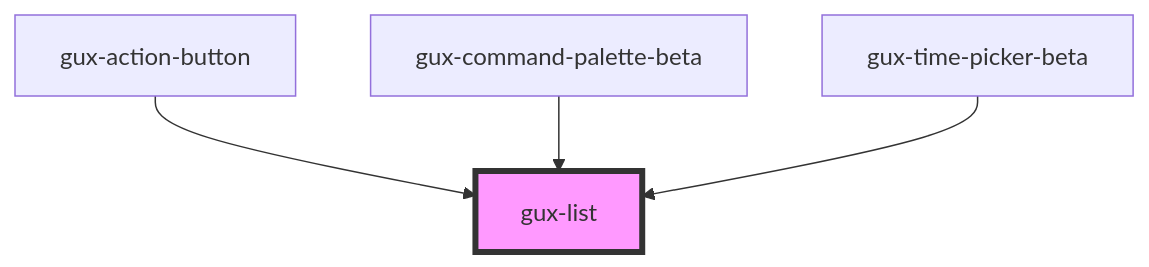
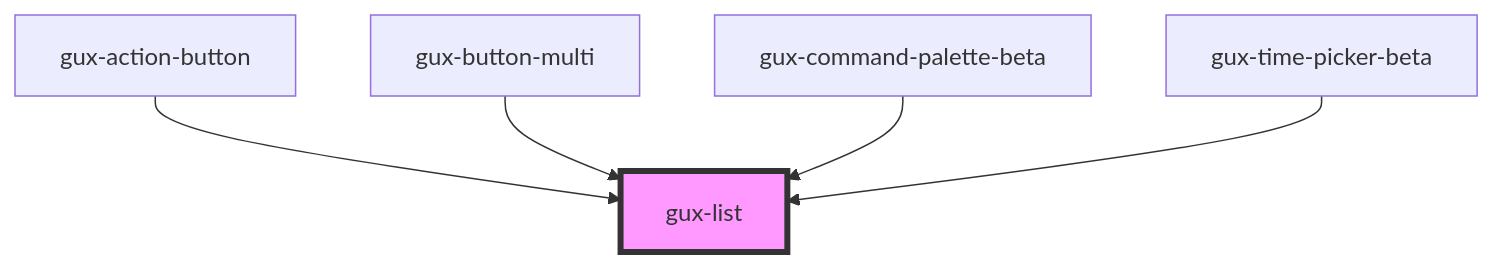
The diagram in src/components/stable/gux-list/readme.md (MyPureCloud/genesys-spark), drawn with Mermaid before and after one commit. The commit also changed other lines of this file and 7 other files, not shown here.

First line of the commit message:
feat(gux-button-multi): added gux-button-multi component

````diff
--- a/src/components/stable/gux-list/readme.md
+++ b/src/components/stable/gux-list/readme.md
@@ -96,7 +97,8 @@
 ```mermaid
 graph TD;
   gux-action-button --> gux-list
+  gux-button-multi --> gux-list
   gux-command-palette-beta --> gux-list
   gux-time-picker-beta --> gux-list
   style gux-list fill:#f9f,stroke:#333,stroke-width:4px
 ```
````
